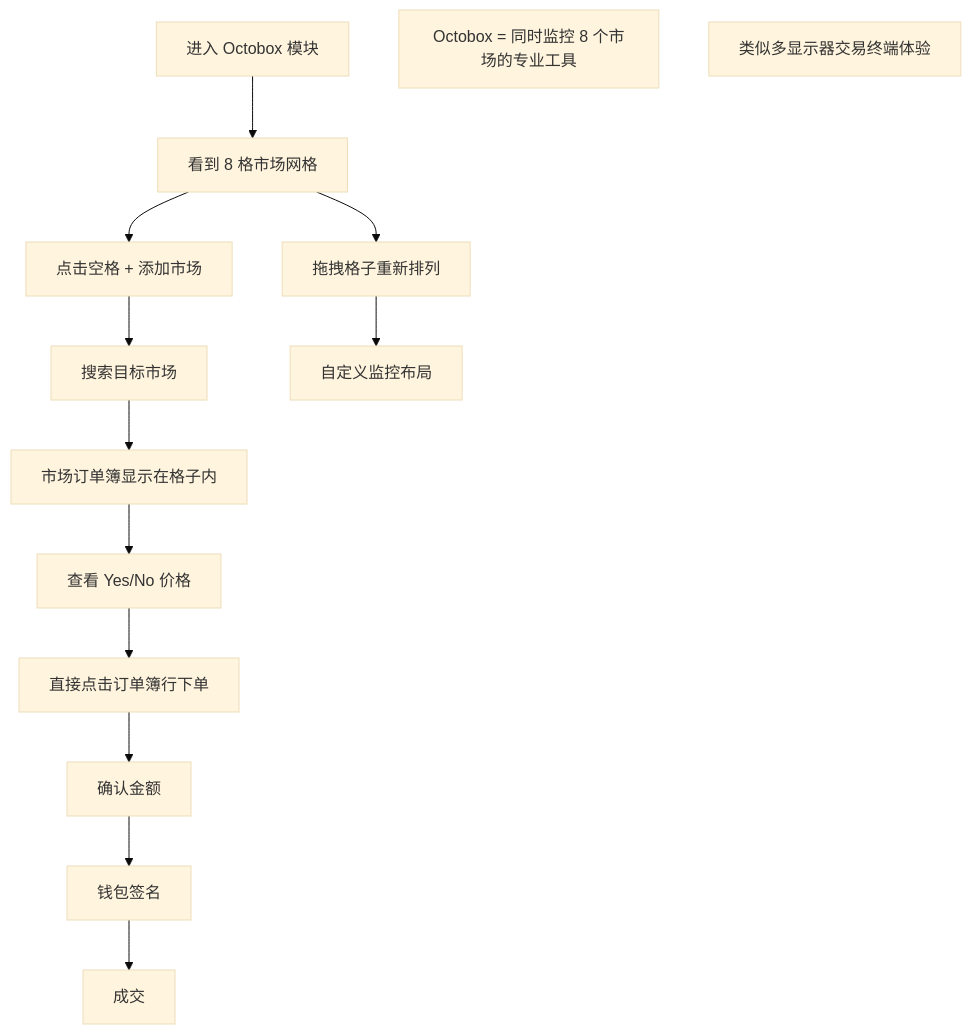
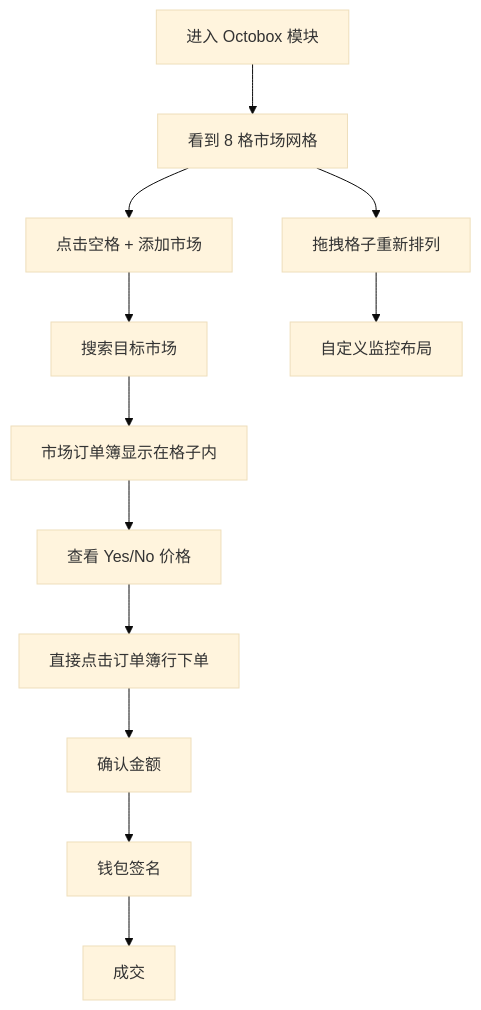
One commit to survivorff/polymarket_research changed the third of 10 diagrams in research/06_stand_trade/analysis.md. Above: the diagram before and after it, drawn with Mermaid (base theme). The commit also changed other lines of this file and 11 other files, not shown here.

First line of the commit message:
修复所有 Mermaid 语法错误，确保流程图可正常渲染

````diff
--- a/research/06_stand_trade/analysis.md
+++ b/research/06_stand_trade/analysis.md
@@ -81,16 +81,16 @@
 ```mermaid
 flowchart TD
     A[进入 Octobox 模块] --> B[看到 8 格市场网格]
     B --> C[点击空格 + 添加市场]
     C --> D[搜索目标市场]
     D --> E[市场订单簿显示在格子内]
     E --> F[查看 Yes/No 价格]
     F --> G[直接点击订单簿行下单]
     G --> H[确认金额]
     H --> I[钱包签名]
     I --> J[成交]
     B --> K[拖拽格子重新排列]
     K --> L[自定义监控布局]
-    note1[Octobox = 同时监控 8 个市场的专业工具]
-    note2[类似多显示器交易终端体验]
+    %% 注: Octobox = 同时监控 8 个市场的专业工具
+    %% 注: 类似多显示器交易终端体验
 ```
````
